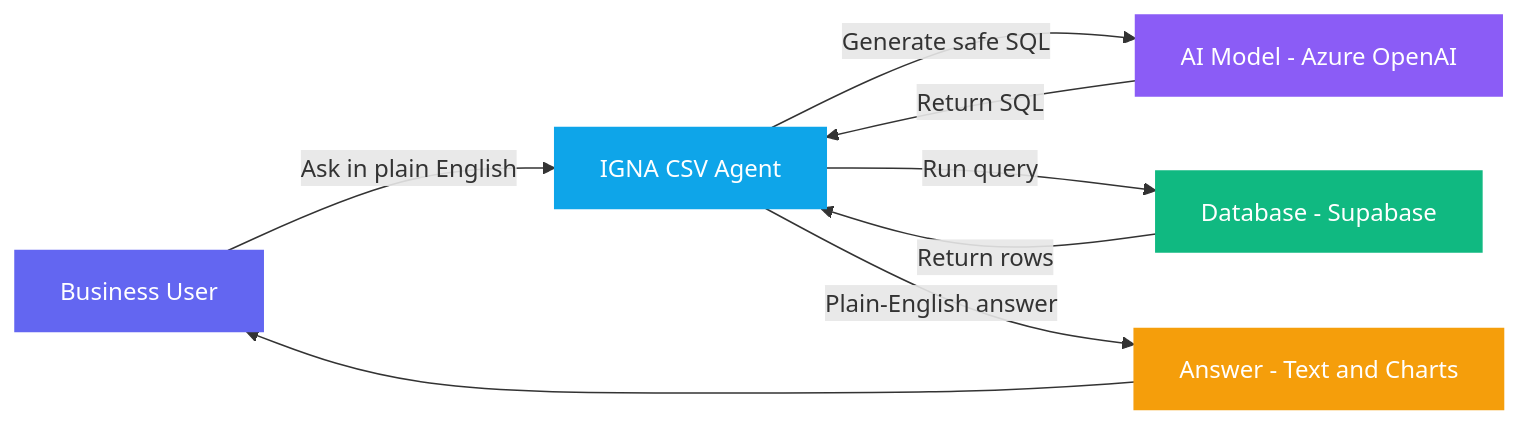
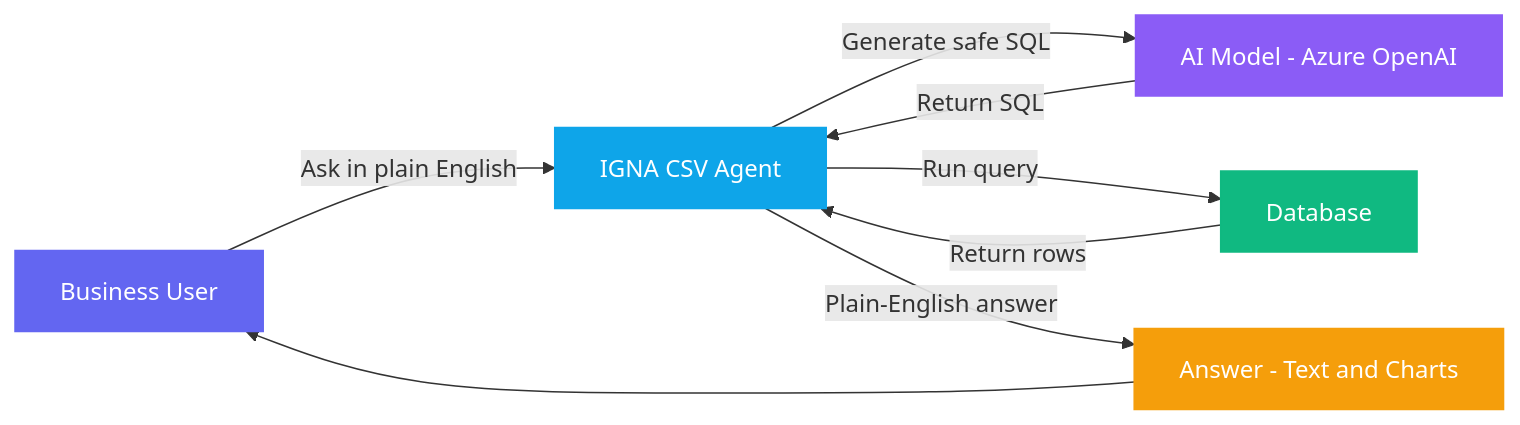
The first of 9 diagrams in WHAT_AM_I.md (devangsharma-igna/csv-agent), drawn with Mermaid before and after one commit. The commit also changed other lines of this file, not shown here.

````diff
--- a/WHAT_AM_I.md
+++ b/WHAT_AM_I.md
@@ -25,22 +25,22 @@
 ```mermaid
 flowchart LR
     USER["Business User"]
     APP["IGNA CSV Agent"]
     AI["AI Model - Azure OpenAI"]
-    DB["Database - Supabase"]
+    DB["Database"]
     OUT["Answer - Text and Charts"]
 
     USER -->|"Ask in plain English"| APP
     APP -->|"Generate safe SQL"| AI
     AI -->|"Return SQL"| APP
     APP -->|"Run query"| DB
     DB -->|"Return rows"| APP
     APP -->|"Plain-English answer"| OUT
     OUT --> USER
 
     style USER fill:#6366f1,color:#fff,stroke:#6366f1
     style APP fill:#0ea5e9,color:#fff,stroke:#0ea5e9
     style AI fill:#8b5cf6,color:#fff,stroke:#8b5cf6
     style DB fill:#10b981,color:#fff,stroke:#10b981
     style OUT fill:#f59e0b,color:#fff,stroke:#f59e0b
 ```
````
